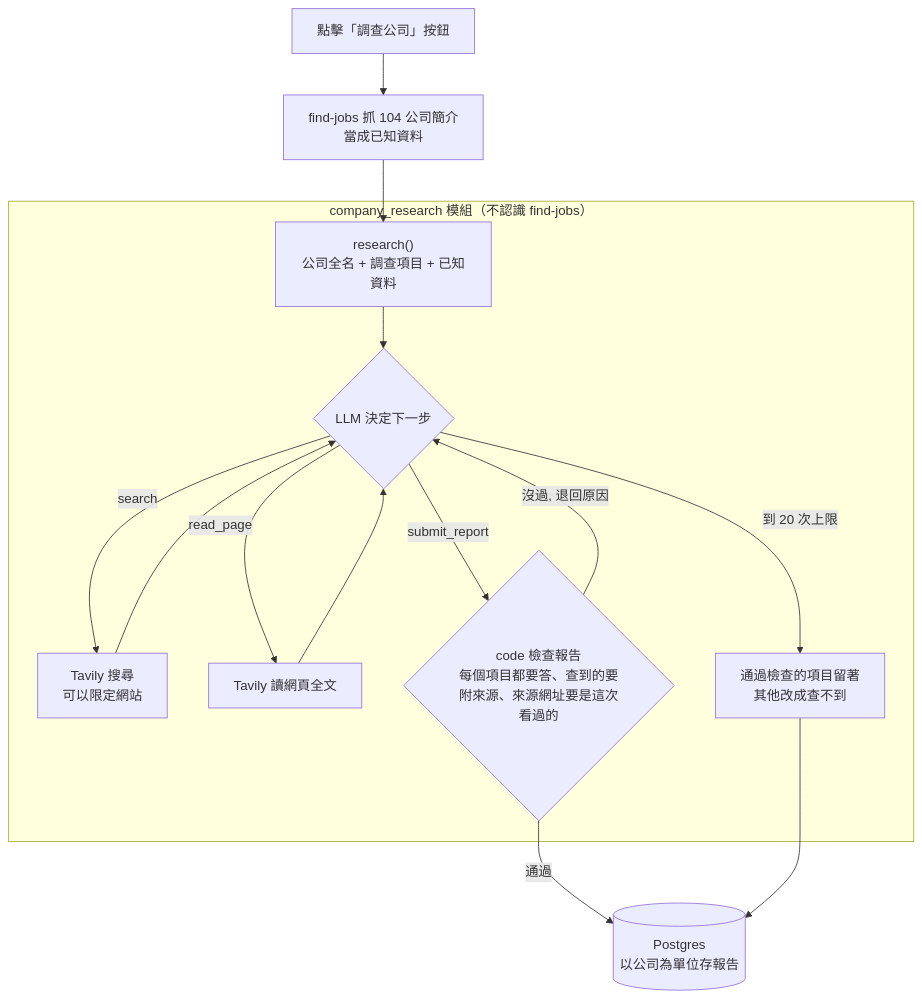
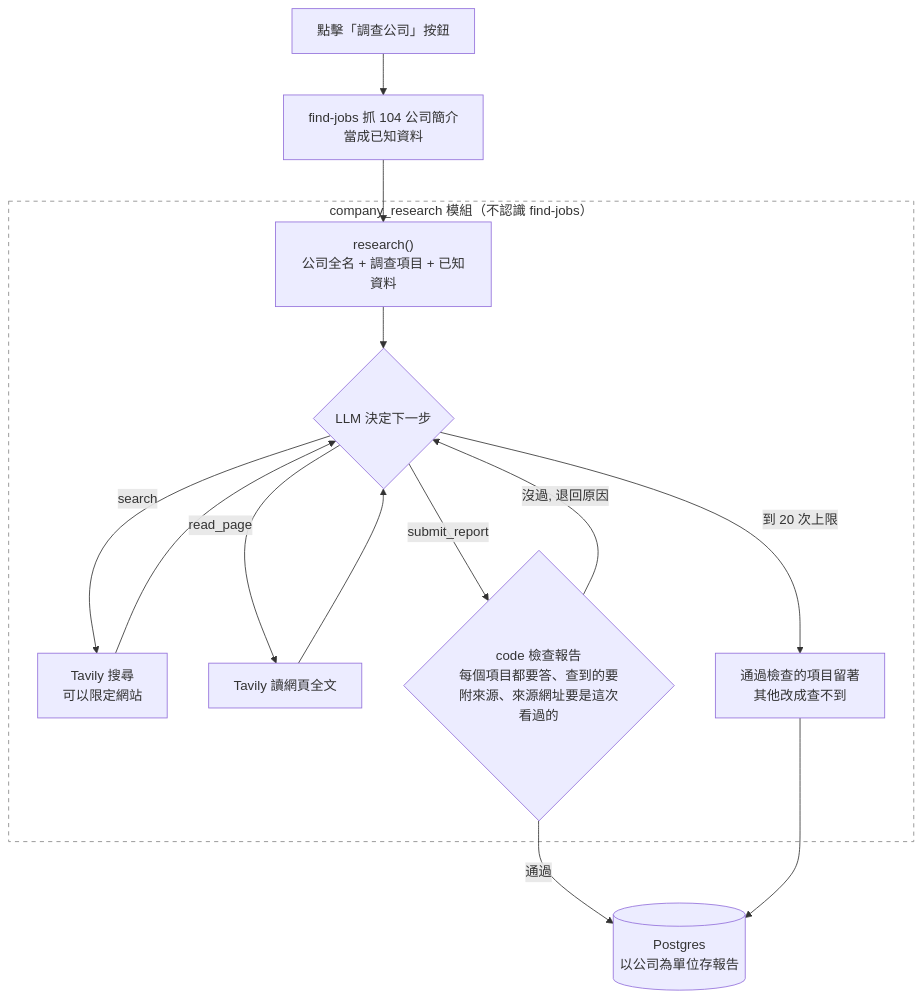
One commit to zhijiehuang111/find-jobs changed the second of 2 diagrams in README.md. Above: the diagram before and after it, drawn with Mermaid.

Commit message:
chore: drop the grey fill from the research module box

````diff
--- a/README.md
+++ b/README.md
@@ -43,15 +43,16 @@
 ```mermaid
 flowchart TB
   btn["點擊「調查公司」按鈕"] --> known["find-jobs 抓 104 公司簡介<br/>當成已知資料"]
   known --> start
   subgraph mod["company_research 模組（不認識 find-jobs）"]
     start["research()<br/>公司全名 + 調查項目 + 已知資料"] --> llm{LLM 決定下一步}
     llm -->|search| search["Tavily 搜尋<br/>可以限定網站"] --> llm
     llm -->|read_page| read["Tavily 讀網頁全文"] --> llm
     llm -->|submit_report| check{"code 檢查報告<br/>每個項目都要答、查到的要附來源、來源網址要是這次看過的"}
     check -->|沒過, 退回原因| llm
     llm -->|到 20 次上限| salvage["通過檢查的項目留著<br/>其他改成查不到"]
   end
+  style mod fill:none,stroke:#888,stroke-dasharray:5 5
   check -->|通過| db[("Postgres<br/>以公司為單位存報告")]
   salvage --> db
 ```
````
